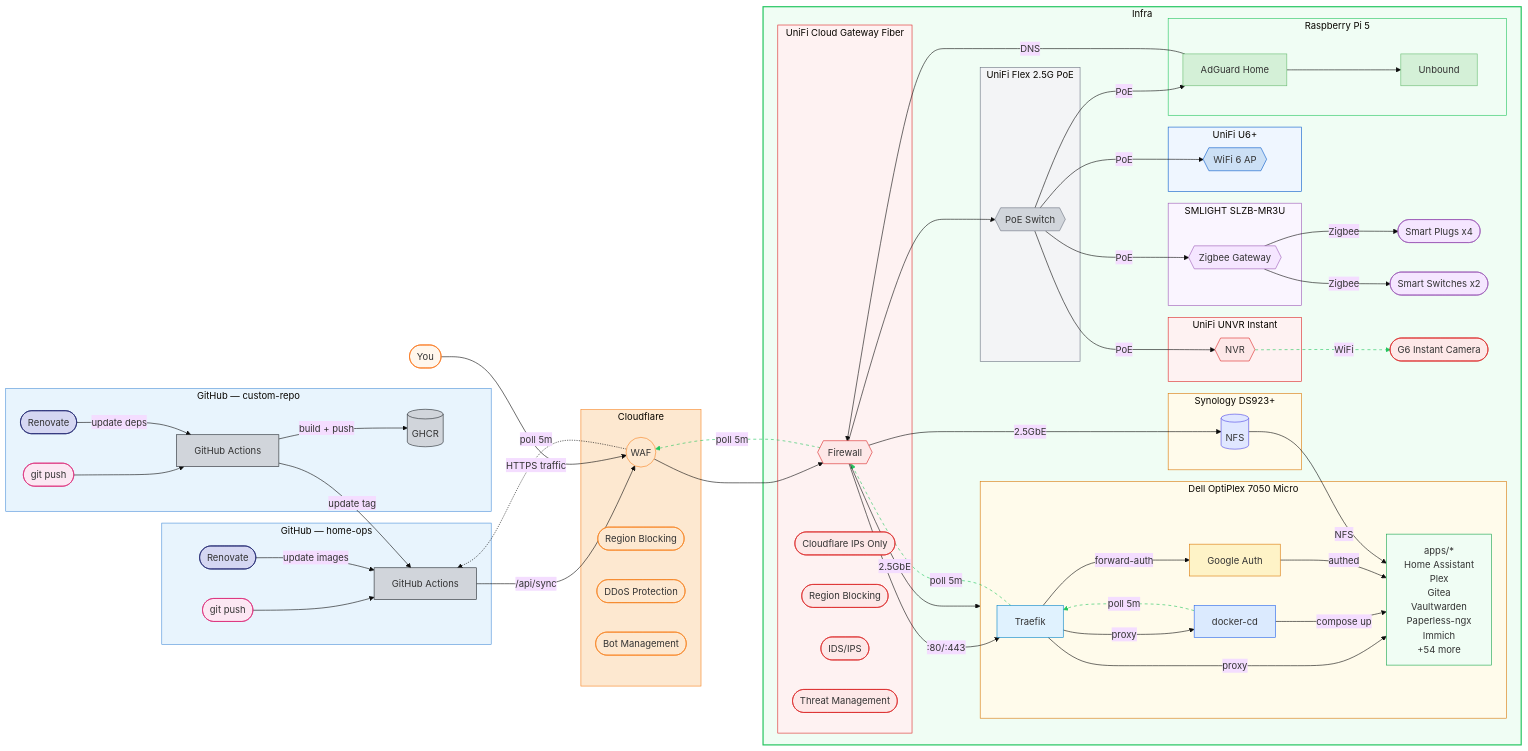
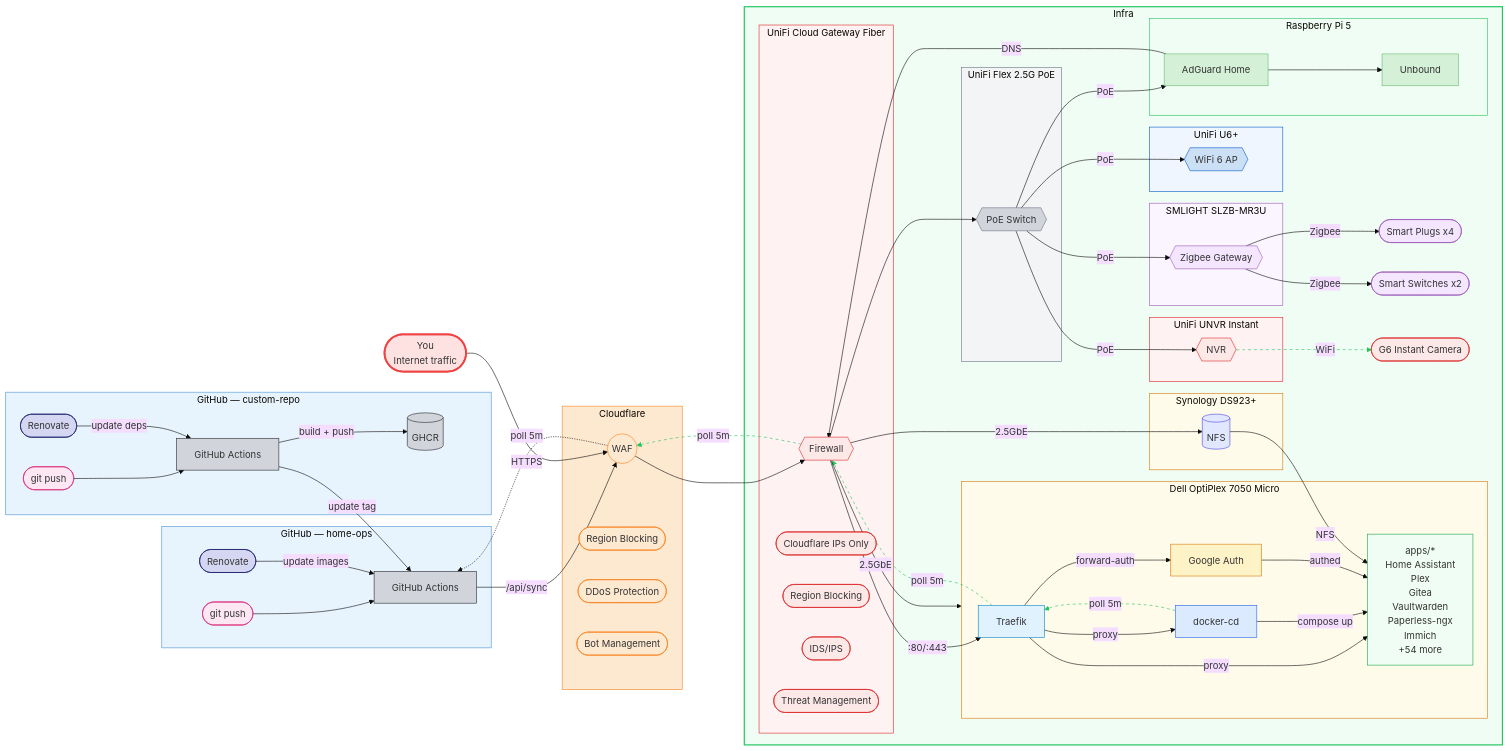
The diagram in README.md (wajeht/home-ops), drawn with Mermaid (base theme) before and after one commit.

Commit message:
docs: update diagram for user traffic flow

```diff
--- a/README.md
+++ b/README.md
@@ -103,7 +103,8 @@
     end
 
     docker_cd -.->|poll 5m| traefik -.->|poll 5m| unifi -.->|poll 5m| cf -.->|poll 5m| ops_ci
-    you([You]) -->|HTTPS traffic| cf
+    you(["You
+    Internet traffic"]) -->|HTTPS| cf
 
     style app_repo fill:#e8f4fd,stroke:#4a90d9
     style ops_repo fill:#e8f4fd,stroke:#4a90d9
@@ -113,7 +114,7 @@
     style cf_region fill:#fde8d0,stroke:#f6821f,color:#333
     style cf_ddos fill:#fde8d0,stroke:#f6821f,color:#333
     style cf_bot fill:#fde8d0,stroke:#f6821f,color:#333
-    style you fill:#fff7ed,stroke:#f97316,color:#333
+    style you fill:#fee2e2,stroke:#ef4444,stroke-width:3px,color:#333
     style ucg_cf fill:#fde8e8,stroke:#dc2626,color:#333
     style ucg_region fill:#fde8e8,stroke:#dc2626,color:#333
     style ucg_ids fill:#fde8e8,stroke:#dc2626,color:#333
```
